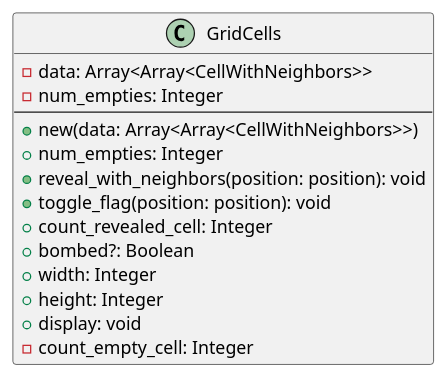
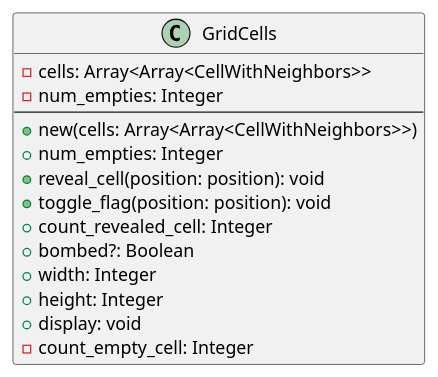
One commit to Yuhi-Sato/minesweeper changed the diagram in diagrams/grid_cells_class.plantuml. Above: the diagram before and after it, drawn with PlantUML. The commit also changed 10 other files, not shown here.

```diff
--- a/diagrams/grid_cells_class.plantuml
+++ b/diagrams/grid_cells_class.plantuml
@@ -1,19 +1,19 @@
 @startuml grid_cells_class
 
 class GridCells {
-    - data: Array<Array<CellWithNeighbors>>
+    - cells: Array<Array<CellWithNeighbors>>
     - num_empties: Integer
     --
-    + new(data: Array<Array<CellWithNeighbors>>)
+    + new(cells: Array<Array<CellWithNeighbors>>)
     + num_empties: Integer
-    + reveal_with_neighbors(position: position): void
+    + reveal_cell(position: position): void
     + toggle_flag(position: position): void
     + count_revealed_cell: Integer
     + bombed?: Boolean
     + width: Integer
     + height: Integer
     + display: void
     - count_empty_cell: Integer
 }
 
 @enduml
```
